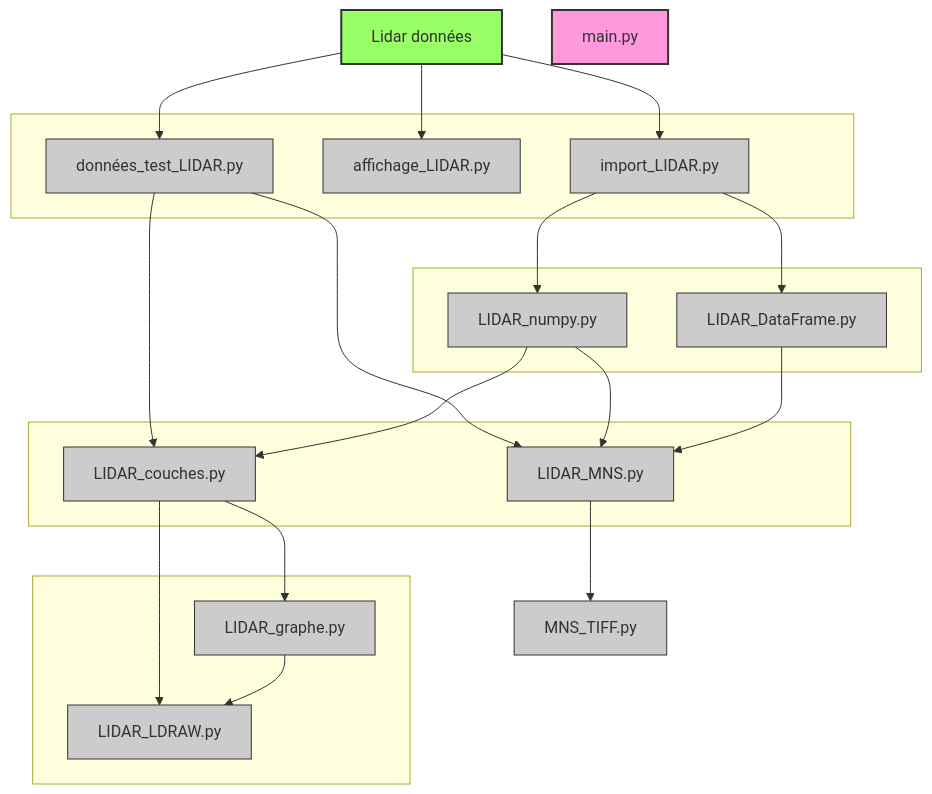
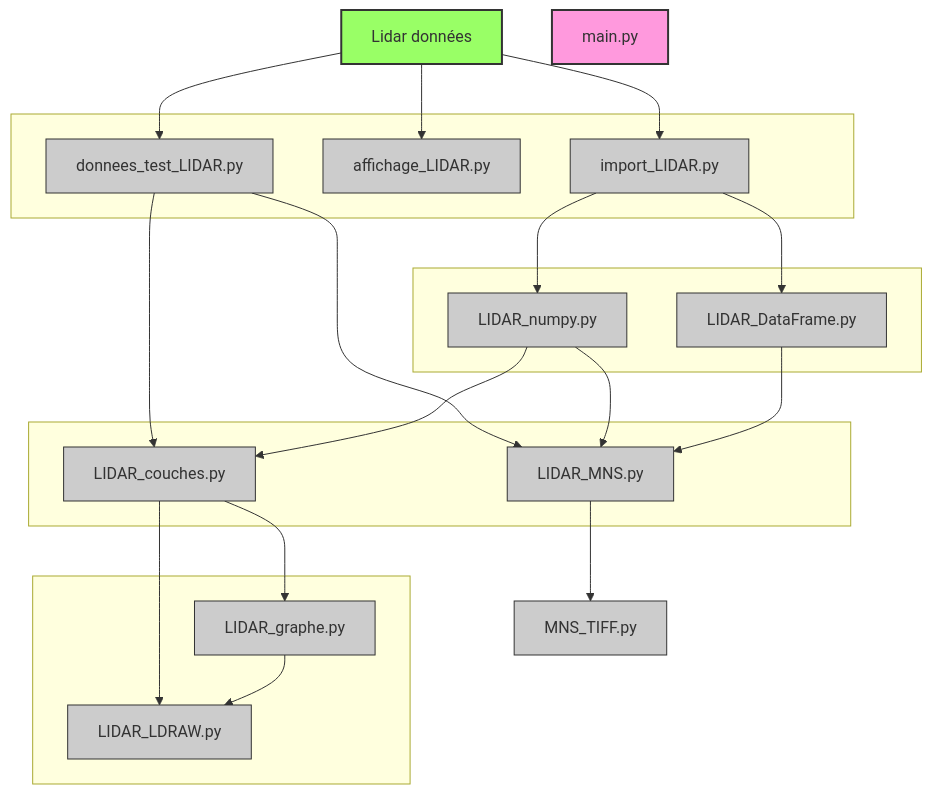
The diagram in Workflow.md (DanQue69/LEGO_Master), drawn with Mermaid before and after one commit.

````diff
--- a/Workflow.md
+++ b/Workflow.md
@@ -1,61 +1,61 @@
 ```mermaid 
 graph TD;
 
 A[Lidar données]
 
 subgraph L1[" "]
-    B[données_test_LIDAR.py]
+    B[donnees_test_LIDAR.py]
     C[affichage_LIDAR.py]
     D[import_LIDAR.py]
 end
 
 subgraph L2[" "]
     E[LIDAR_numpy.py]
     F[LIDAR_DataFrame.py]
 end
 
 subgraph L3[" "]
     G[LIDAR_MNS.py]
     I[LIDAR_couches.py]
 end
 
 subgraph L4[" "]
     J[LIDAR_LDRAW.py]
     K[LIDAR_graphe.py]
 end
 
 H[MNS_TIFF.py]
 M[main.py]
 
 A --> B
 A --> C
 A --> D
 D --> E
 D --> F
 B --> G
 E --> G
 F --> G
 B --> I
 E --> I
 I --> J
 I --> K
 K --> J
 G --> H
 
 
     %% Styles des couleurs
     style A fill:#9f6,stroke:#333,stroke-width:2px
     style B fill:#ccc,stroke:#333,stroke-width:1px
     style C fill:#ccc,stroke:#333,stroke-width:1px
     style D fill:#ccc,stroke:#333,stroke-width:1px
     style E fill:#ccc,stroke:#333,stroke-width:1px
     style F fill:#ccc,stroke:#333,stroke-width:1px
     style G fill:#ccc,stroke:#333,stroke-width:1px
     style H fill:#ccc,stroke:#333,stroke-width:1px
     style I fill:#ccc,stroke:#333,stroke-width:1px
     style J fill:#ccc,stroke:#333,stroke-width:1px
     style K fill:#ccc,stroke:#333,stroke-width:1px
     style M fill:#f9d,stroke:#333,stroke-width:2px
 
     
 ```
````
